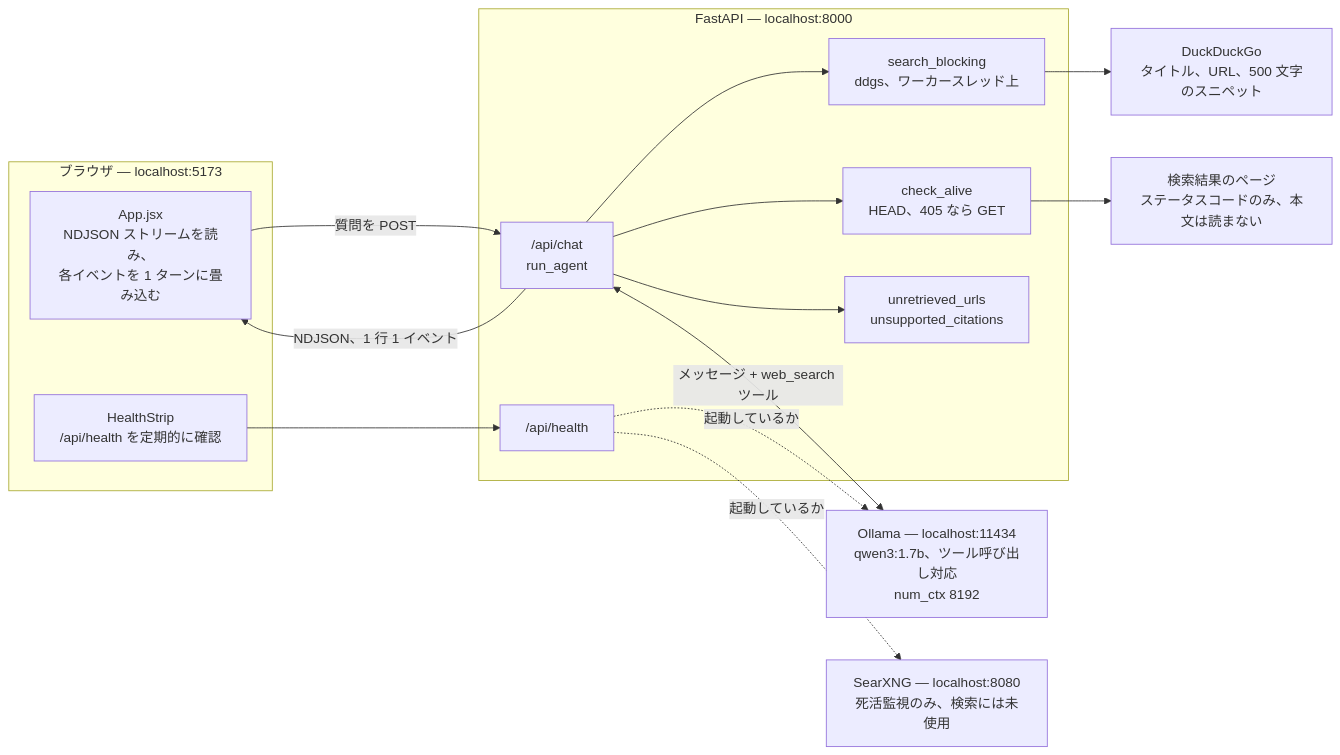
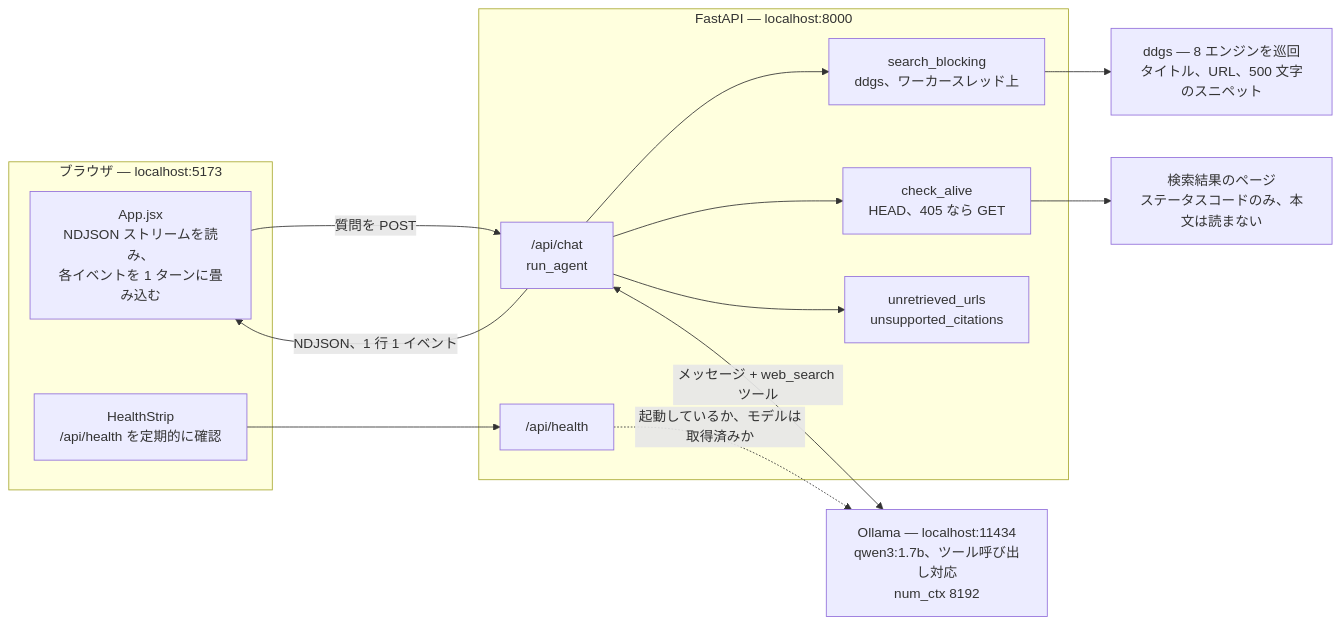
One commit to leopaul29/local-ai-agent-search changed the third of 4 diagrams in ARCHITECTURE.md. Above: the diagram before and after it, drawn with Mermaid. The commit also changed other lines of this file and 10 other files, not shown here.

First line of the commit message:
refactor: drop SearXNG and Docker

````diff
--- a/ARCHITECTURE.md
+++ b/ARCHITECTURE.md
@@ -99,34 +98,32 @@
 ```mermaid
 flowchart LR
     subgraph browser["ブラウザ — localhost:5173"]
         App["App.jsx<br/>NDJSON ストリームを読み、<br/>各イベントを 1 ターンに畳み込む"]
         Strip["HealthStrip<br/>/api/health を定期的に確認"]
     end
 
     subgraph backend["FastAPI — localhost:8000"]
         Chat["/api/chat<br/>run_agent"]
         Api["/api/health"]
         Search["search_blocking<br/>ddgs、ワーカースレッド上"]
         Check["check_alive<br/>HEAD、405 なら GET"]
         Verify["unretrieved_urls<br/>unsupported_citations"]
     end
 
     Ollama["Ollama — localhost:11434<br/>qwen3:1.7b、ツール呼び出し対応<br/>num_ctx 8192"]
-    DDG["DuckDuckGo<br/>タイトル、URL、500 文字のスニペット"]
+    DDG["ddgs — 8 エンジンを巡回<br/>タイトル、URL、500 文字のスニペット"]
     Pages["検索結果のページ<br/>ステータスコードのみ、本文は読まない"]
-    Searx["SearXNG — localhost:8080<br/>死活監視のみ、検索には未使用"]
 
     App -->|"質問を POST"| Chat
     Chat -->|"NDJSON、1 行 1 イベント"| App
     Strip --> Api
 
     Chat <-->|"メッセージ + web_search ツール"| Ollama
     Chat --> Search
     Search --> DDG
     Chat --> Check
     Check --> Pages
     Chat --> Verify
 
-    Api -.->|"起動しているか"| Ollama
-    Api -.->|"起動しているか"| Searx
+    Api -.->|"起動しているか、モデルは取得済みか"| Ollama
 ```
````
